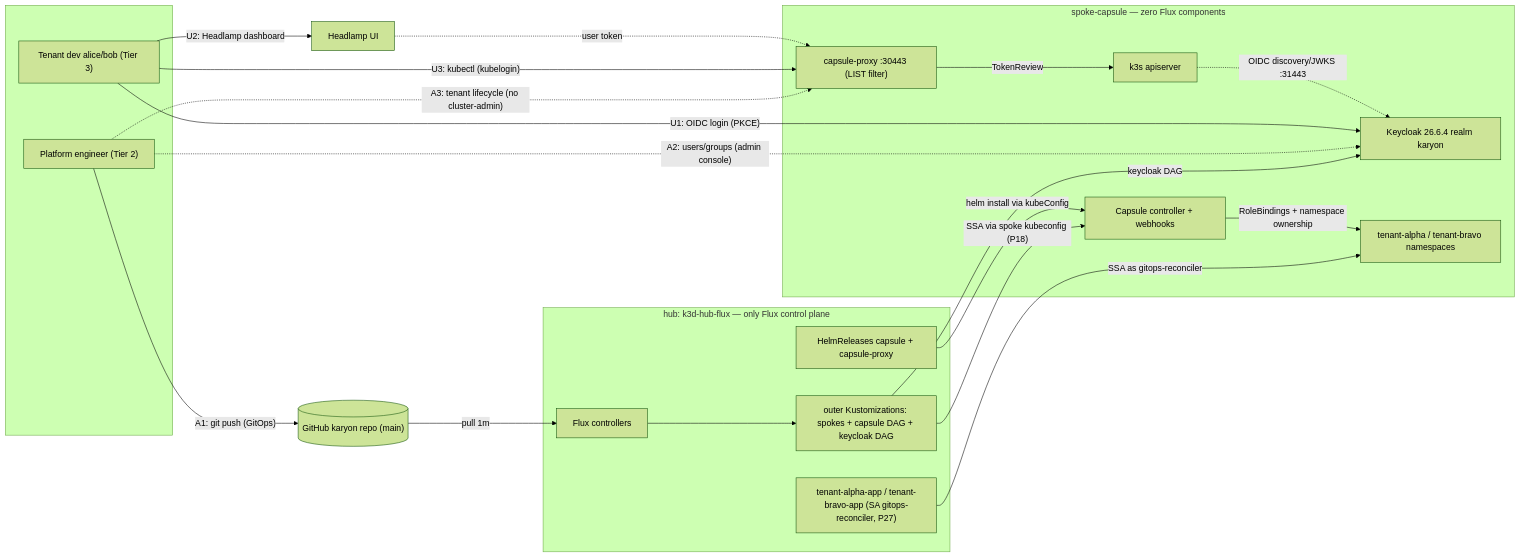
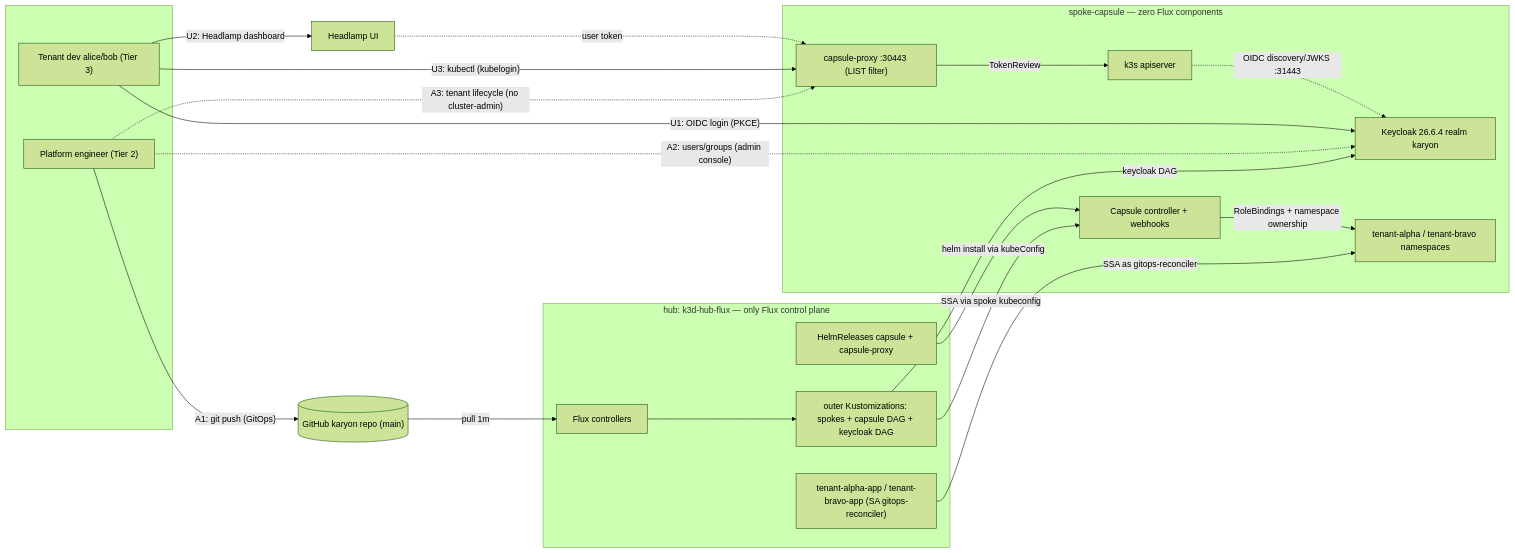
Before and after one commit to richard-iovanisci/karyon: the diagram in docs/architecture-flux-capsule-keycloak.md, drawn with Mermaid (forest theme). The commit also changed other lines of this file and 13 other files, not shown here.

````diff
--- a/docs/architecture-flux-capsule-keycloak.md
+++ b/docs/architecture-flux-capsule-keycloak.md
@@ -30,37 +30,37 @@
 ```mermaid
 flowchart LR
   subgraph actors [" "]
     OP["Platform engineer (Tier 2)"]
     DEV["Tenant dev alice/bob (Tier 3)"]
   end
   GH[("GitHub karyon repo (main)")]
   subgraph HUB ["hub: k3d-hub-flux — only Flux control plane"]
     FLUX["Flux controllers"]
     KS["outer Kustomizations: spokes + capsule DAG + keycloak DAG"]
     HR["HelmReleases capsule + capsule-proxy"]
-    TK["tenant-alpha-app / tenant-bravo-app (SA gitops-reconciler, P27)"]
+    TK["tenant-alpha-app / tenant-bravo-app (SA gitops-reconciler)"]
   end
   subgraph SPOKE ["spoke-capsule — zero Flux components"]
     API["k3s apiserver"]
     CAPS["Capsule controller + webhooks"]
     PROXY["capsule-proxy :30443 (LIST filter)"]
     KC["Keycloak 26.6.4 realm karyon"]
     TNS["tenant-alpha / tenant-bravo namespaces"]
   end
   OP -- "A1: git push (GitOps)" --> GH
   GH -- pull 1m --> FLUX
   FLUX --> KS
-  KS -- "SSA via spoke kubeconfig (P18)" --> CAPS
+  KS -- "SSA via spoke kubeconfig" --> CAPS
   KS -- "keycloak DAG" --> KC
   HR -- "helm install via kubeConfig" --> CAPS
   TK -- "SSA as gitops-reconciler" --> TNS
   CAPS -- "RoleBindings + namespace ownership" --> TNS
   OP -. "A2: users/groups (admin console)" .-> KC
   OP -. "A3: tenant lifecycle (no cluster-admin)" .-> PROXY
   DEV -- "U1: OIDC login (PKCE)" --> KC
   DEV -- "U3: kubectl (kubelogin)" --> PROXY
   DEV -- "U2: Headlamp dashboard" --> HL2
   PROXY -- TokenReview --> API
   HL2["Headlamp UI"] -. "user token" .-> PROXY
   API -. "OIDC discovery/JWKS :31443" .-> KC
 ```
````
